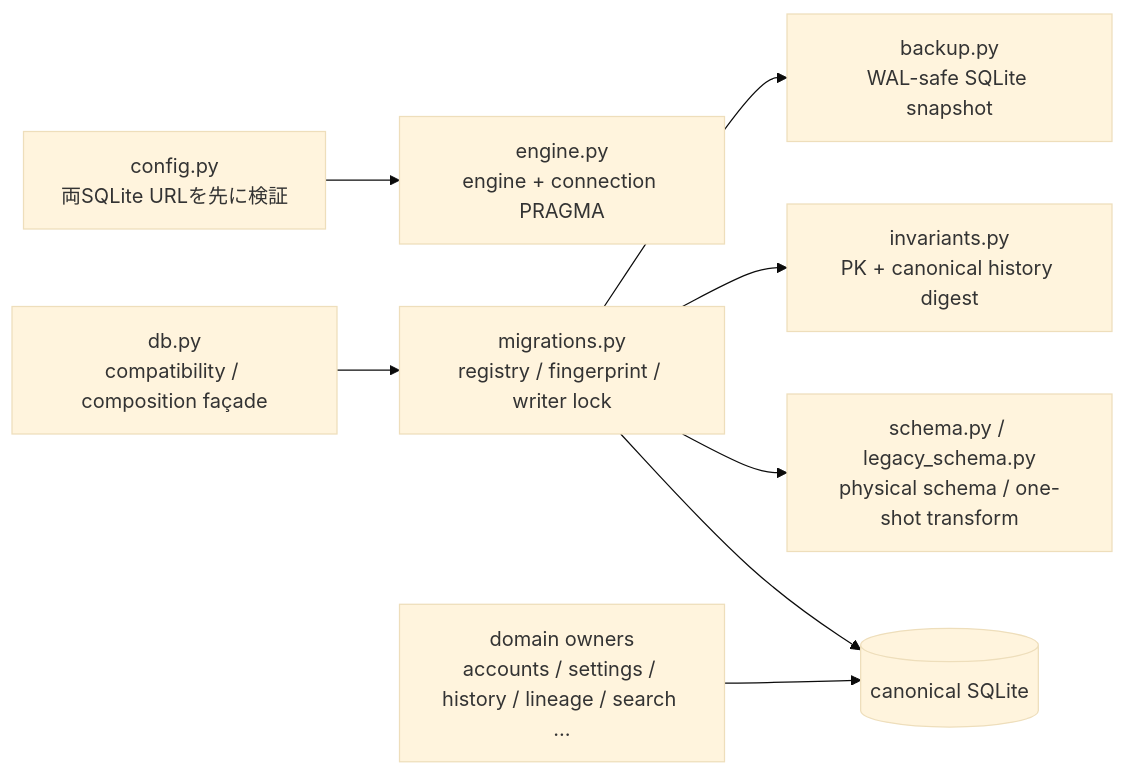
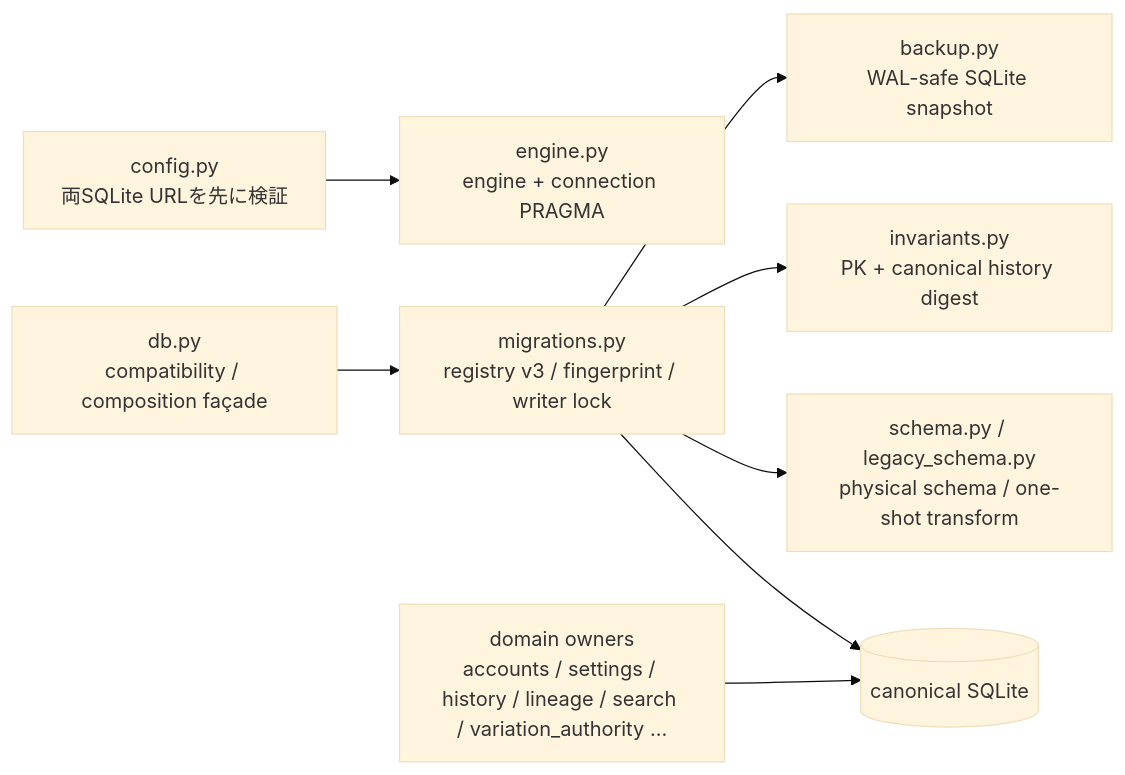
The third of 5 diagrams in docs/architecture/data-history-lineage.ja.md (oikawas/inku-lang), drawn with Mermaid (base theme) before and after one commit. The commit also changed other lines of this file and 27 other files, not shown here.

First line of the commit message:
Update architecture documents for the shared Rust pipeline

````diff
--- a/docs/architecture/data-history-lineage.ja.md
+++ b/docs/architecture/data-history-lineage.ja.md
@@ -31,20 +100,20 @@
 ```mermaid
 flowchart LR
     CONFIG["config.py\n両SQLite URLを先に検証"]
     ENGINE["engine.py\nengine + connection PRAGMA"]
     FACADE["db.py\ncompatibility / composition façade"]
-    MIGRATION["migrations.py\nregistry / fingerprint / writer lock"]
+    MIGRATION["migrations.py\nregistry v3 / fingerprint / writer lock"]
     SNAPSHOT["backup.py\nWAL-safe SQLite snapshot"]
     INVARIANTS["invariants.py\nPK + canonical history digest"]
     SCHEMA["schema.py / legacy_schema.py\nphysical schema / one-shot transform"]
-    DOMAIN["domain owners\naccounts / settings / history / lineage / search …"]
+    DOMAIN["domain owners\naccounts / settings / history / lineage / search / variation_authority …"]
     DB[("canonical SQLite")]
 
     CONFIG --> ENGINE
     FACADE --> MIGRATION
     MIGRATION --> SNAPSHOT
     MIGRATION --> INVARIANTS
     MIGRATION --> SCHEMA
     MIGRATION --> DB
     DOMAIN --> DB
 ```
````
